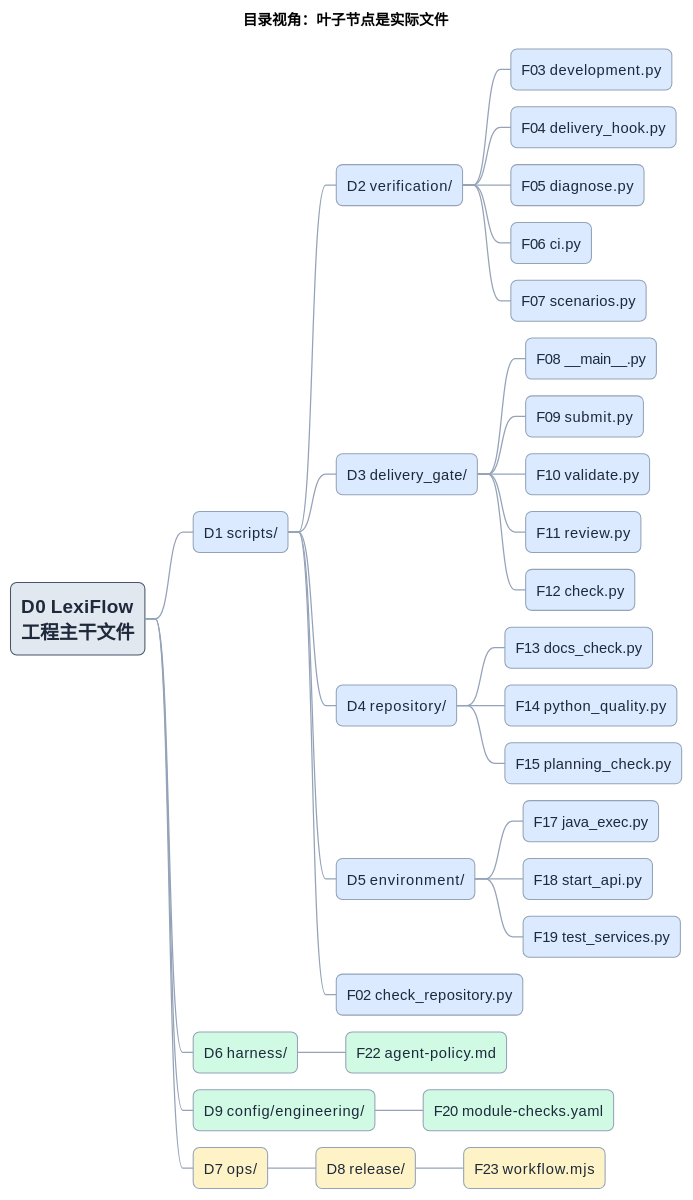
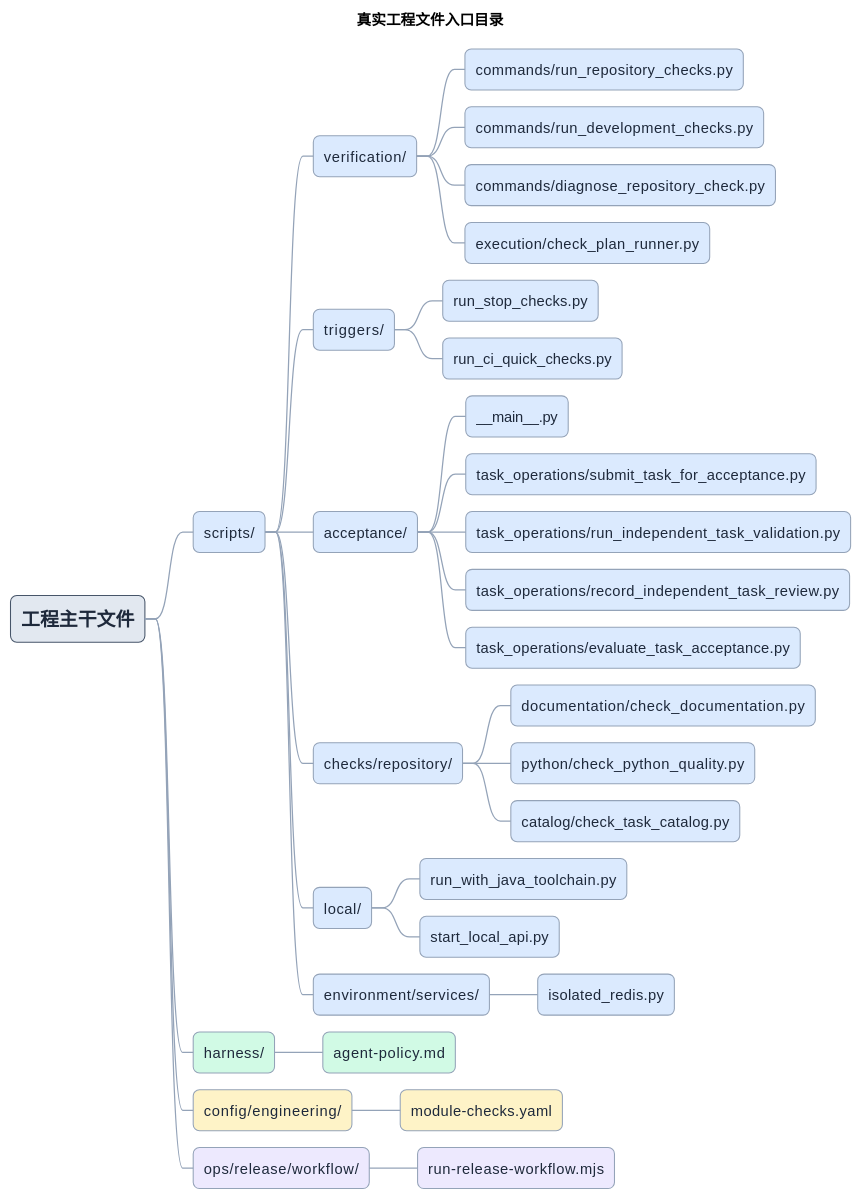
One commit to iampkuhz/lexiflow changed the first of 2 diagrams in docs/system/engineering.md. Above: the diagram before and after it, drawn with PlantUML. The commit also changed other lines of this file and 13 other files, not shown here.

````diff
--- a/docs/system/engineering.md
+++ b/docs/system/engineering.md
@@ -17,61 +17,62 @@
 ```plantuml
 @startmindmap
 skinparam backgroundColor #FFFFFF
 skinparam shadowing false
 <style>
 mindmapDiagram {
   node {
     FontColor #1E293B
     FontSize 14
     LineColor #94A3B8
     LineThickness 1
     RoundCorner 12
     Padding 10
     Margin 8
     MaximumWidth 180
   }
   rootNode {
     FontSize 18
     FontStyle bold
     LineColor #475569
   }
   arrow {
     LineColor #94A3B8
     LineThickness 1.2
   }
 }
 </style>
-title 目录视角<U+FF1A>叶子节点是实际文件
+title 真实工程文件入口目录
 
-+[#E2E8F0] D0 LexiFlow 工程主干文件
-++[#DBEAFE] D1 scripts<U+002F>
-+++[#DBEAFE] D2 verification<U+002F>
-++++[#DBEAFE] F03 development<U+002E>py
-++++[#DBEAFE] F04 delivery<U+005F>hook<U+002E>py
-++++[#DBEAFE] F05 diagnose<U+002E>py
-++++[#DBEAFE] F06 ci<U+002E>py
-++++[#DBEAFE] F07 scenarios<U+002E>py
-+++[#DBEAFE] D3 delivery<U+005F>gate<U+002F>
-++++[#DBEAFE] F08 <U+005F><U+005F>main<U+005F><U+005F><U+002E>py
-++++[#DBEAFE] F09 submit<U+002E>py
-++++[#DBEAFE] F10 validate<U+002E>py
-++++[#DBEAFE] F11 review<U+002E>py
-++++[#DBEAFE] F12 check<U+002E>py
-+++[#DBEAFE] D4 repository<U+002F>
-++++[#DBEAFE] F13 docs<U+005F>check<U+002E>py
-++++[#DBEAFE] F14 python<U+005F>quality<U+002E>py
-++++[#DBEAFE] F15 planning<U+005F>check<U+002E>py
-+++[#DBEAFE] D5 environment<U+002F>
-++++[#DBEAFE] F17 java<U+005F>exec<U+002E>py
-++++[#DBEAFE] F18 start<U+005F>api<U+002E>py
-++++[#DBEAFE] F19 test<U+005F>services<U+002E>py
-+++[#DBEAFE] F02 check<U+005F>repository<U+002E>py
-++[#D1FAE5] D6 harness<U+002F>
-+++[#D1FAE5] F22 agent<U+002D>policy<U+002E>md
-++[#D1FAE5] D9 config<U+002F>engineering<U+002F>
-+++[#D1FAE5] F20 module<U+002D>checks<U+002E>yaml
-++[#FEF3C7] D7 ops<U+002F>
-+++[#FEF3C7] D8 release<U+002F>
-++++[#FEF3C7] F23 workflow<U+002E>mjs
++[#E2E8F0] 工程主干文件
+++[#DBEAFE] scripts<U+002F>
++++[#DBEAFE] verification<U+002F>
+++++[#DBEAFE] commands<U+002F>run<U+005F>repository<U+005F>checks<U+002E>py
+++++[#DBEAFE] commands<U+002F>run<U+005F>development<U+005F>checks<U+002E>py
+++++[#DBEAFE] commands<U+002F>diagnose<U+005F>repository<U+005F>check<U+002E>py
+++++[#DBEAFE] execution<U+002F>check<U+005F>plan<U+005F>runner<U+002E>py
++++[#DBEAFE] triggers<U+002F>
+++++[#DBEAFE] run<U+005F>stop<U+005F>checks<U+002E>py
+++++[#DBEAFE] run<U+005F>ci<U+005F>quick<U+005F>checks<U+002E>py
++++[#DBEAFE] acceptance<U+002F>
+++++[#DBEAFE] <U+005F><U+005F>main<U+005F><U+005F><U+002E>py
+++++[#DBEAFE] task<U+005F>operations<U+002F>submit<U+005F>task<U+005F>for<U+005F>acceptance<U+002E>py
+++++[#DBEAFE] task<U+005F>operations<U+002F>run<U+005F>independent<U+005F>task<U+005F>validation<U+002E>py
+++++[#DBEAFE] task<U+005F>operations<U+002F>record<U+005F>independent<U+005F>task<U+005F>review<U+002E>py
+++++[#DBEAFE] task<U+005F>operations<U+002F>evaluate<U+005F>task<U+005F>acceptance<U+002E>py
++++[#DBEAFE] checks<U+002F>repository<U+002F>
+++++[#DBEAFE] documentation<U+002F>check<U+005F>documentation<U+002E>py
+++++[#DBEAFE] python<U+002F>check<U+005F>python<U+005F>quality<U+002E>py
+++++[#DBEAFE] catalog<U+002F>check<U+005F>task<U+005F>catalog<U+002E>py
++++[#DBEAFE] local<U+002F>
+++++[#DBEAFE] run<U+005F>with<U+005F>java<U+005F>toolchain<U+002E>py
+++++[#DBEAFE] start<U+005F>local<U+005F>api<U+002E>py
++++[#DBEAFE] environment<U+002F>services<U+002F>
+++++[#DBEAFE] isolated<U+005F>redis<U+002E>py
+++[#D1FAE5] harness<U+002F>
++++[#D1FAE5] agent<U+002D>policy<U+002E>md
+++[#FEF3C7] config<U+002F>engineering<U+002F>
++++[#FEF3C7] module<U+002D>checks<U+002E>yaml
+++[#EDE9FE] ops<U+002F>release<U+002F>workflow<U+002F>
++++[#EDE9FE] run<U+002D>release<U+002D>workflow<U+002E>mjs
 @endmindmap
 ```
````
